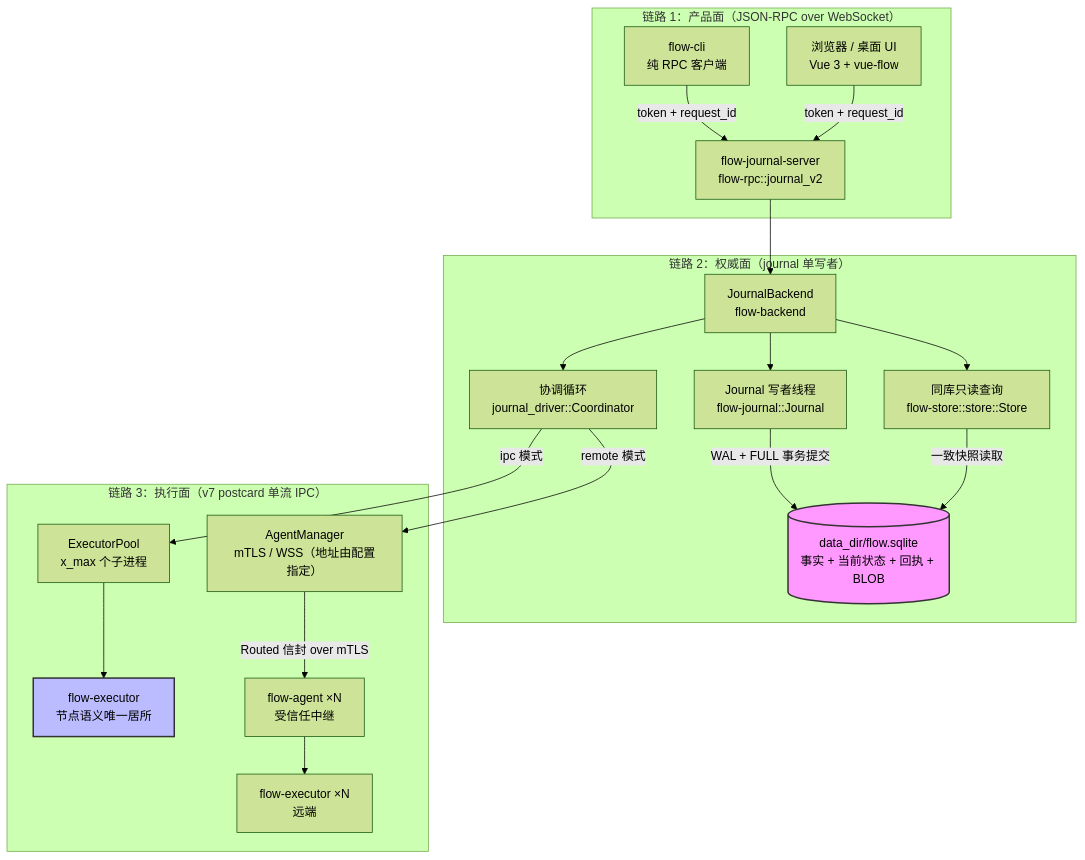
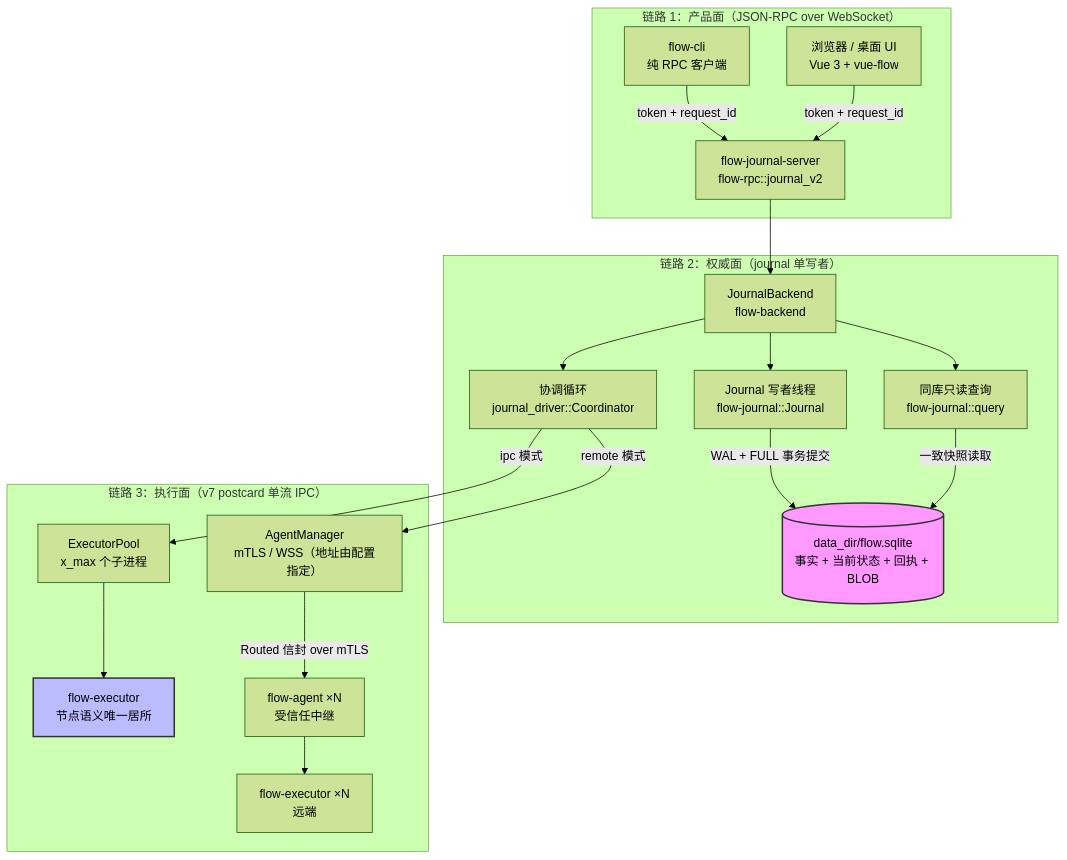
One commit to yeheng/flow changed the diagram in docs/design/01-architecture.md. Above: the diagram before and after it, drawn with Mermaid (forest theme). The commit also changed other lines of this file and 36 other files, not shown here.

````diff
--- a/docs/design/01-architecture.md
+++ b/docs/design/01-architecture.md
@@ -103,42 +109,42 @@
 ```mermaid
 graph TB
     subgraph L1["链路 1：产品面（JSON-RPC over WebSocket）"]
         CLI["flow-cli<br/>纯 RPC 客户端"]
         WEB["浏览器 / 桌面 UI<br/>Vue 3 + vue-flow"]
         RPC["flow-journal-server<br/>flow-rpc::journal_v2"]
     end
 
     subgraph L2["链路 2：权威面（journal 单写者）"]
         BE["JournalBackend<br/>flow-backend"]
         COORD["协调循环<br/>journal_driver::Coordinator"]
         W["Journal 写者线程<br/>flow-journal::Journal"]
-        PROJ["同库只读查询<br/>flow-store::store::Store"]
+        PROJ["同库只读查询<br/>flow-journal::query"]
         DISK[("data_dir/flow.sqlite<br/>事实 + 当前状态 + 回执 + BLOB")]
     end
 
     subgraph L3["链路 3：执行面（v7 postcard 单流 IPC）"]
         POOL["ExecutorPool<br/>x_max 个子进程"]
         EX["flow-executor<br/>节点语义唯一居所"]
         AM["AgentManager<br/>mTLS / WSS（地址由配置指定）"]
         AG["flow-agent ×N<br/>受信任中继"]
         REX["flow-executor ×N<br/>远端"]
     end
 
     CLI -->|"token + request_id"| RPC
     WEB -->|"token + request_id"| RPC
     RPC --> BE
     BE --> COORD
     BE --> W
     BE --> PROJ
     W -->|"WAL + FULL 事务提交"| DISK
     PROJ -->|"一致快照读取"| DISK
 
     COORD -->|"ipc 模式"| POOL
     COORD -->|"remote 模式"| AM
     POOL --> EX
     AM -->|"Routed 信封 over mTLS"| AG
     AG --> REX
 
     style DISK fill:#f9f,stroke:#333,stroke-width:2px
     style EX fill:#bbf,stroke:#333,stroke-width:2px
 ```
````
